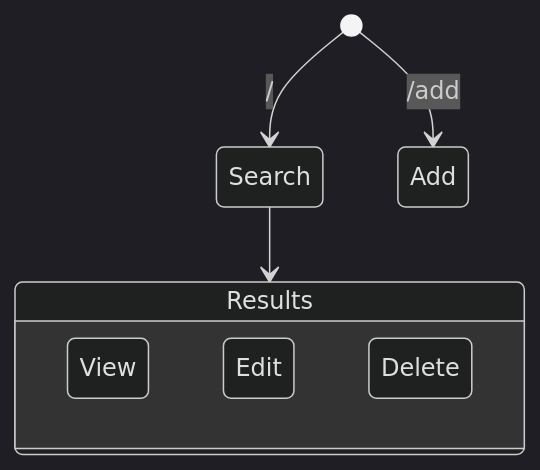
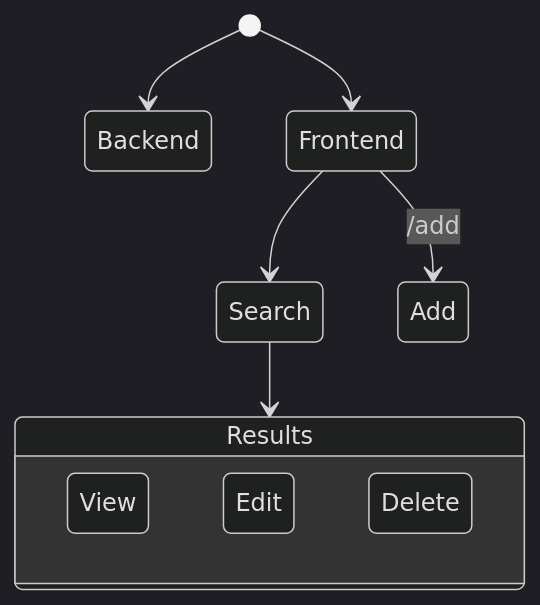
The first of 2 diagrams in README.md (scottfones/mysig_inv_mgt), drawn with Mermaid (dark theme) before and after one commit. The commit also changed other lines of this file, not shown here.

Commit message:
added draft uml for backend schema

````diff
--- a/README.md
+++ b/README.md
@@ -9,11 +7,13 @@
 ```mermaid
 stateDiagram-v2
-  [*] --> Search: /
-  [*] --> Add: /add
+  [*] --> Backend
+  [*] --> Frontend
+  Frontend --> Search
+  Frontend --> Add: /add
   Search --> Results
   state Results {
     View
     Edit 
     Delete
   }
 ```
````
